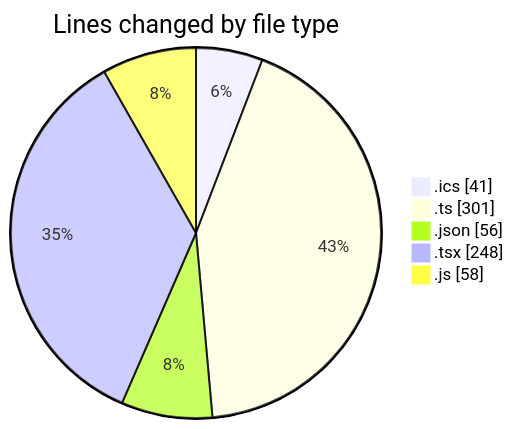
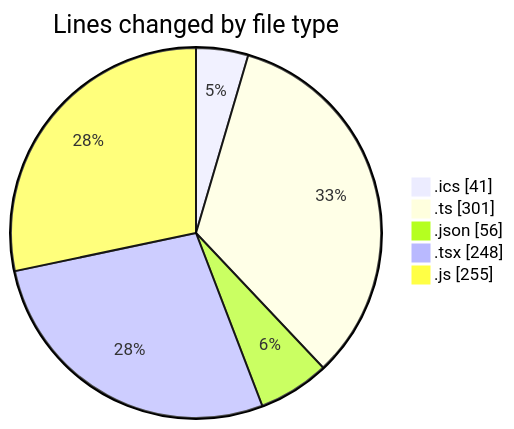
One commit to momahboobian/code-tracking changed the first of 2 diagrams in 2025-10-28/cda/README.md. Above: the diagram before and after it, drawn with Mermaid. The commit also changed other lines of this file and 1 other file, not shown here.

````diff
--- a/2025-10-28/cda/README.md
+++ b/2025-10-28/cda/README.md
@@ -26,9 +27,9 @@
 ```mermaid
 pie showData
 title Lines changed by file type
 ".ics" : 41
 ".ts" : 301
 ".json" : 56
 ".tsx" : 248
-".js" : 58
+".js" : 255
 ```
````
